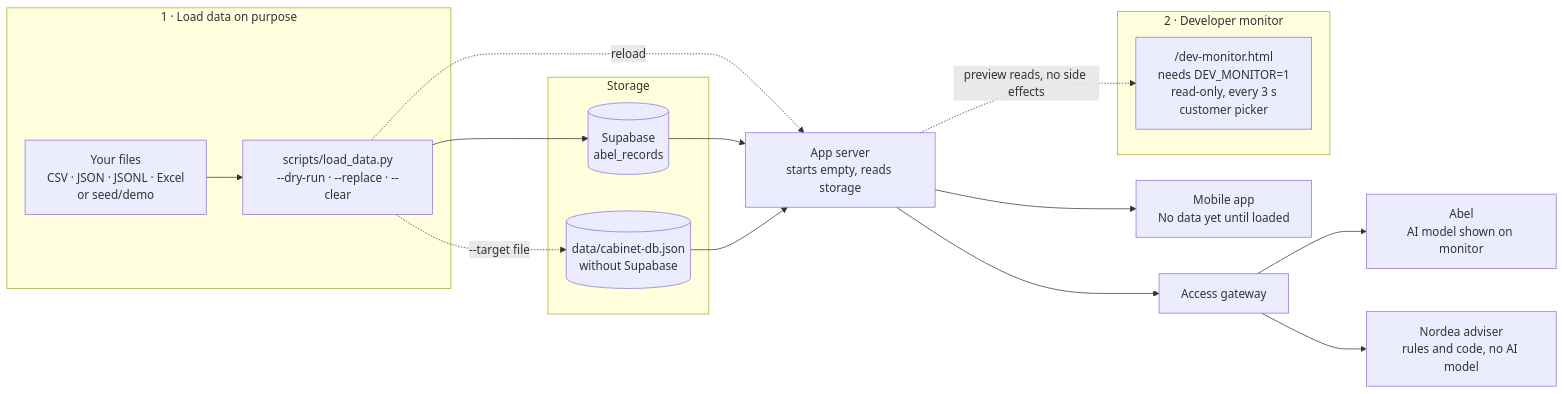
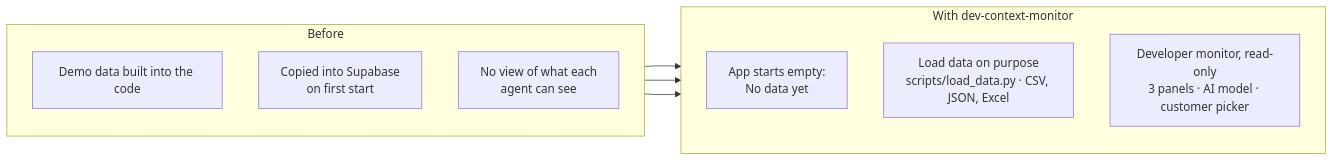
The diagram in README.md (coolkowkank/Nordea-x-Aalto-Banking-), drawn with Mermaid before and after one commit. The commit also changed other lines of this file, not shown here.

Commit message:
README: make the diagram a before/after of this branch's change

````diff
--- a/README.md
+++ b/README.md
@@ -5,31 +5,18 @@
 ```mermaid
 flowchart LR
-  subgraph LOAD["1 · Load data on purpose"]
-    files["Your files<br/>CSV · JSON · JSONL · Excel<br/>or seed/demo"]
-    py["scripts/load_data.py<br/>--dry-run · --replace · --clear"]
+  subgraph B["Before"]
+    direction TB
+    b1["Demo data built into the code"]
+    b2["Copied into Supabase<br/>on first start"]
+    b3["No view of what each<br/>agent can see"]
   end
-  subgraph STORE["Storage"]
-    sb[("Supabase<br/>abel_records")]
-    lf[("data/cabinet-db.json<br/>without Supabase")]
+  subgraph A["With dev-context-monitor"]
+    direction TB
+    a1["App starts empty:<br/>No data yet"]
+    a2["Load data on purpose<br/>scripts/load_data.py · CSV, JSON, Excel"]
+    a3["Developer monitor, read-only<br/>3 panels · AI model · customer picker"]
   end
-  srv["App server<br/>starts empty, reads storage"]
-  gate["Access gateway"]
-  app["Mobile app<br/>No data yet until loaded"]
-  abel["Abel<br/>AI model shown on monitor"]
-  adv["Nordea adviser<br/>rules and code, no AI model"]
-  subgraph MON["2 · Developer monitor"]
-    mon["/dev-monitor.html<br/>needs DEV_MONITOR=1<br/>read-only, every 3 s<br/>customer picker"]
-  end
-
-  files --> py
-  py --> sb
-  py -. "--target file" .-> lf
-  py -. "reload" .-> srv
-  sb --> srv
-  lf --> srv
-  srv --> app
-  srv --> gate
-  gate --> abel
-  gate --> adv
-  srv -. "preview reads, no side effects" .-> mon
+  b1 --> a1
+  b2 --> a2
+  b3 --> a3
 ```
````
